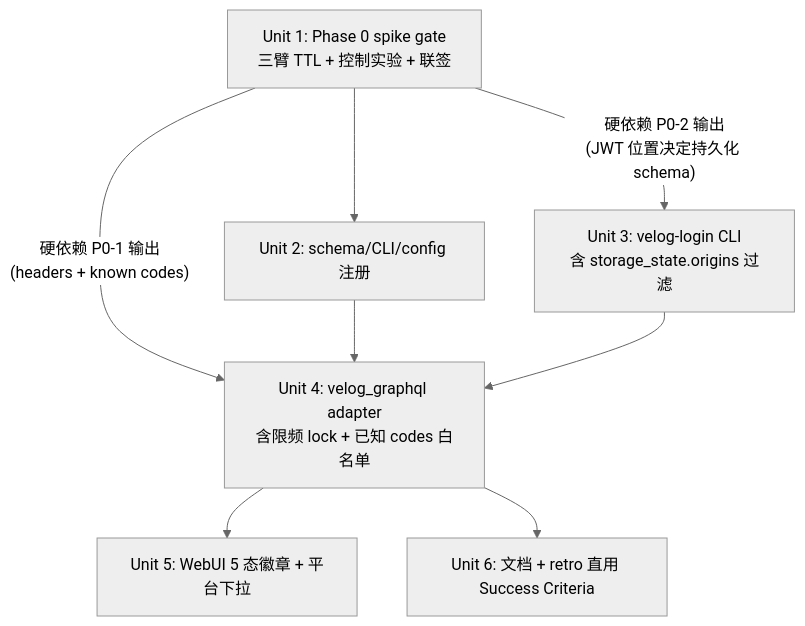
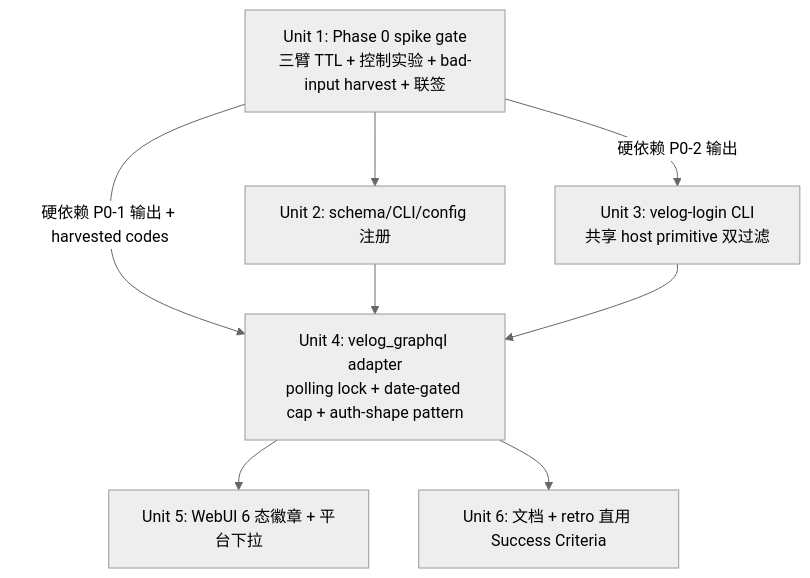
The diagram in docs/plans/2026-05-18-012-feat-velog-adapter-plan.md (redredchen02-rgb/backlink-publisher), drawn with Mermaid (neutral theme) before and after one commit. The commit also changed other lines of this file and 13 other files, not shown here.

````diff
--- a/docs/plans/2026-05-18-012-feat-velog-adapter-plan.md
+++ b/docs/plans/2026-05-18-012-feat-velog-adapter-plan.md
@@ -244,10 +293,10 @@
 ```mermaid
 flowchart TB
-  U1[Unit 1: Phase 0 spike gate<br/>三臂 TTL + 控制实验 + 联签] --> U2[Unit 2: schema/CLI/config 注册]
-  U1 -- "硬依赖 P0-2 输出<br/>(JWT 位置决定持久化 schema)" --> U3[Unit 3: velog-login CLI<br/>含 storage_state.origins 过滤]
-  U1 -- "硬依赖 P0-1 输出<br/>(headers + known codes)" --> U4
-  U2 --> U4[Unit 4: velog_graphql adapter<br/>含限频 lock + 已知 codes 白名单]
+  U1[Unit 1: Phase 0 spike gate<br/>三臂 TTL + 控制实验 + bad-input harvest + 联签] -- "硬依赖 P0-2 输出" --> U3[Unit 3: velog-login CLI<br/>共享 host primitive 双过滤]
+  U1 -- "硬依赖 P0-1 输出 + harvested codes" --> U4
+  U1 --> U2[Unit 2: schema/CLI/config 注册]
+  U2 --> U4[Unit 4: velog_graphql adapter<br/>polling lock + date-gated cap + auth-shape pattern]
   U3 --> U4
-  U4 --> U5[Unit 5: WebUI 5 态徽章 + 平台下拉]
+  U4 --> U5[Unit 5: WebUI 6 态徽章 + 平台下拉]
   U4 --> U6[Unit 6: 文档 + retro 直用 Success Criteria]
 ```
````
